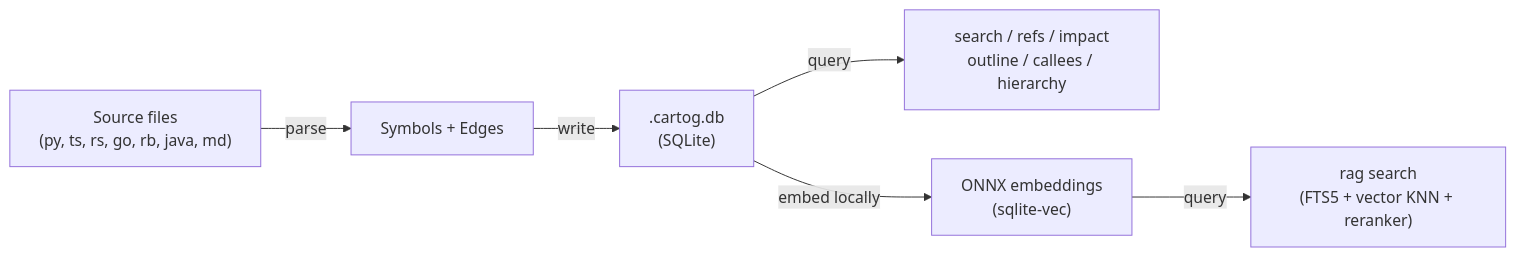
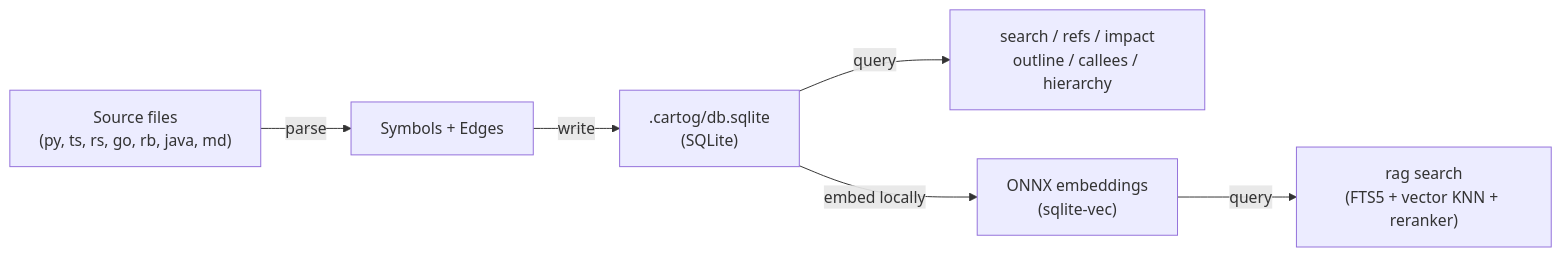
One commit to floyoops/cartog changed the diagram in README.md. Above: the diagram before and after it, drawn with Mermaid. The commit also changed other lines of this file and 18 other files, not shown here.

````diff
--- a/README.md
+++ b/README.md
@@ -296,8 +296,8 @@
 ```mermaid
 graph LR
     A["Source files<br/>(py, ts, rs, go, rb, java, md)"] -->|parse| B["Symbols + Edges"]
-    B -->|write| C[".cartog.db<br/>(SQLite)"]
+    B -->|write| C[".cartog/db.sqlite<br/>(SQLite)"]
     C -->|query| D["search / refs / impact<br/>outline / callees / hierarchy"]
     C -->|embed locally| E["ONNX embeddings<br/>(sqlite-vec)"]
     E -->|query| F["rag search<br/>(FTS5 + vector KNN + reranker)"]
 ```
````
